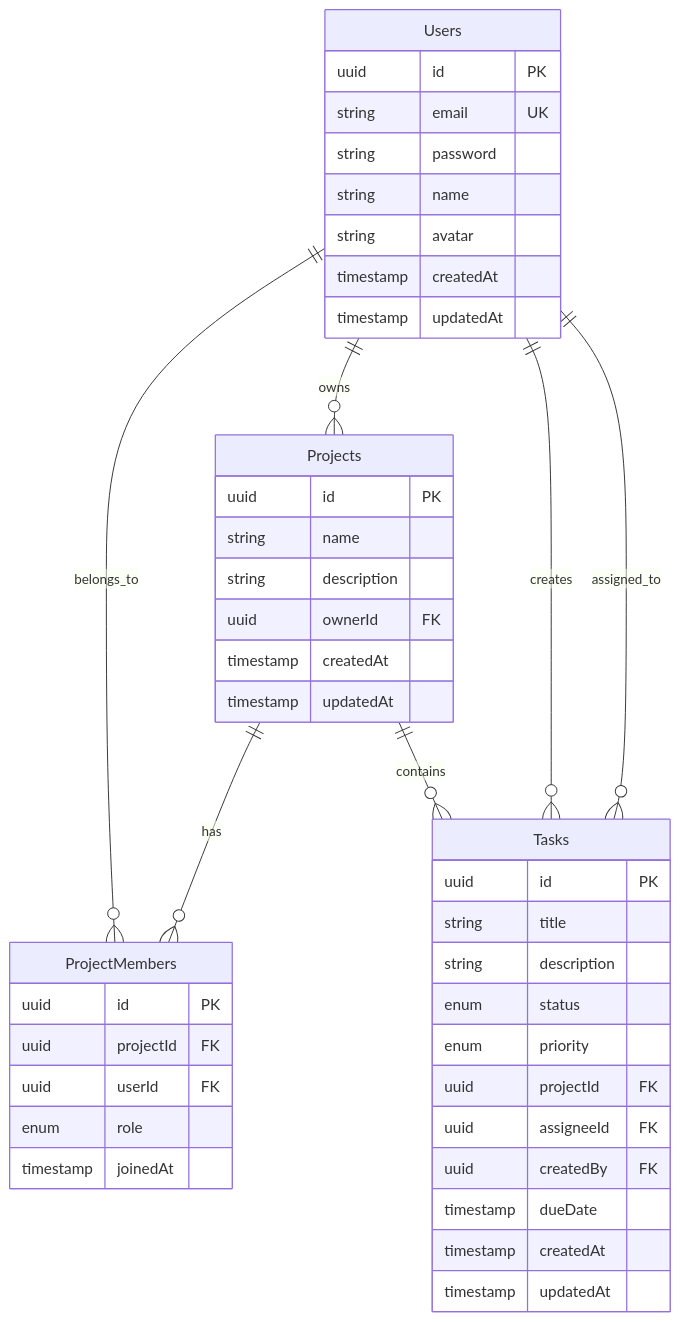
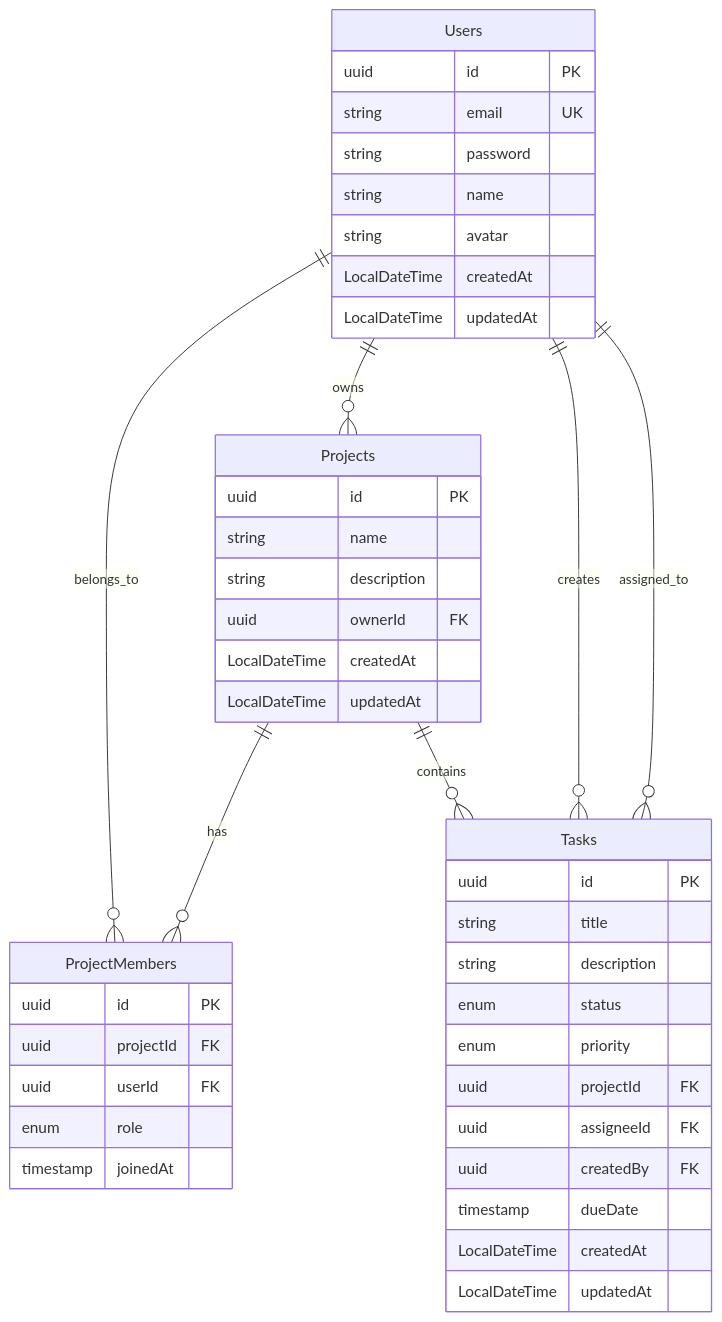
The third of 7 diagrams in system-diagrams.md (Ericfeng84/TaskManagment), drawn with Mermaid before and after one commit. The commit also changed other lines of this file and 68 other files, not shown here.

````diff
--- a/system-diagrams.md
+++ b/system-diagrams.md
@@ -53,50 +55,50 @@
 ```mermaid
 erDiagram
     Users ||--o{ Projects : owns
     Users ||--o{ ProjectMembers : belongs_to
     Projects ||--o{ ProjectMembers : has
     Projects ||--o{ Tasks : contains
     Users ||--o{ Tasks : creates
     Users ||--o{ Tasks : assigned_to
     
     Users {
         uuid id PK
         string email UK
         string password
         string name
         string avatar
-        timestamp createdAt
-        timestamp updatedAt
+        LocalDateTime createdAt
+        LocalDateTime updatedAt
     }
     
     Projects {
         uuid id PK
         string name
         string description
         uuid ownerId FK
-        timestamp createdAt
-        timestamp updatedAt
+        LocalDateTime createdAt
+        LocalDateTime updatedAt
     }
     
     Tasks {
         uuid id PK
         string title
         string description
         enum status
         enum priority
         uuid projectId FK
         uuid assigneeId FK
         uuid createdBy FK
         timestamp dueDate
-        timestamp createdAt
-        timestamp updatedAt
+        LocalDateTime createdAt
+        LocalDateTime updatedAt
     }
     
     ProjectMembers {
         uuid id PK
         uuid projectId FK
         uuid userId FK
         enum role
         timestamp joinedAt
     }
 ```
````
